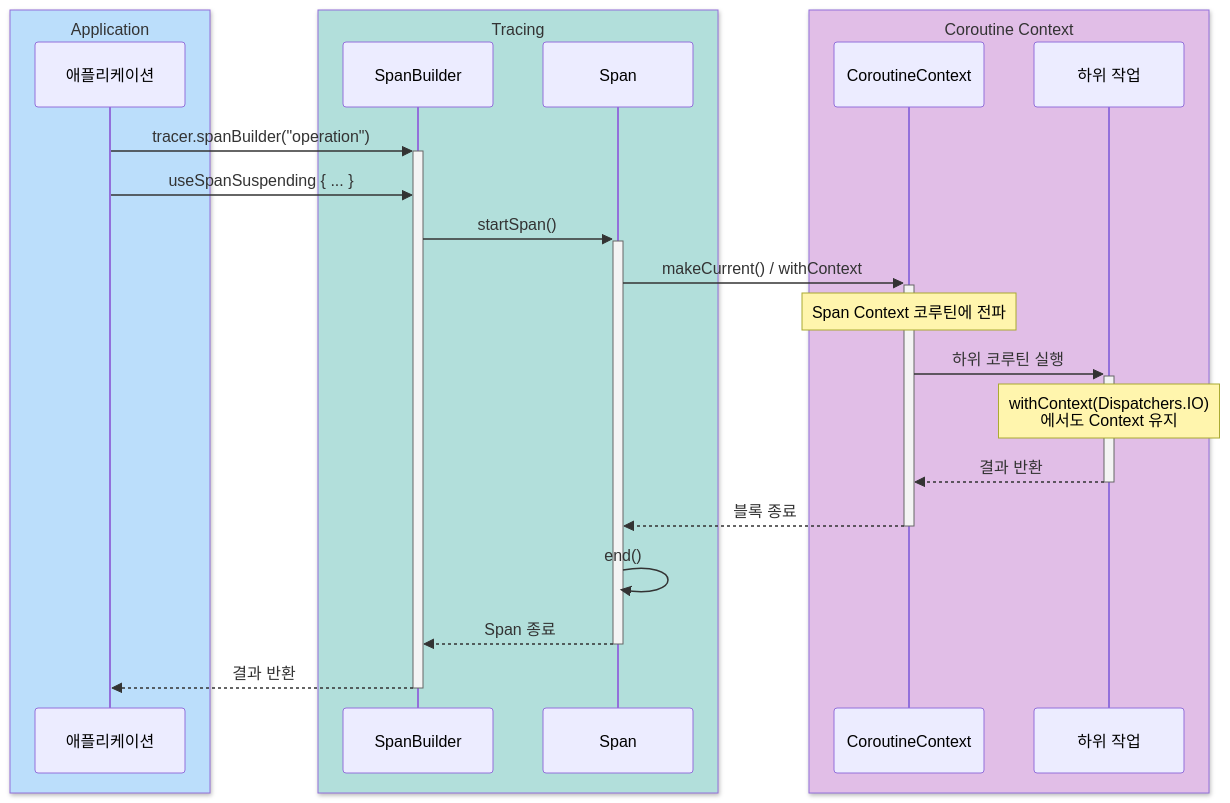
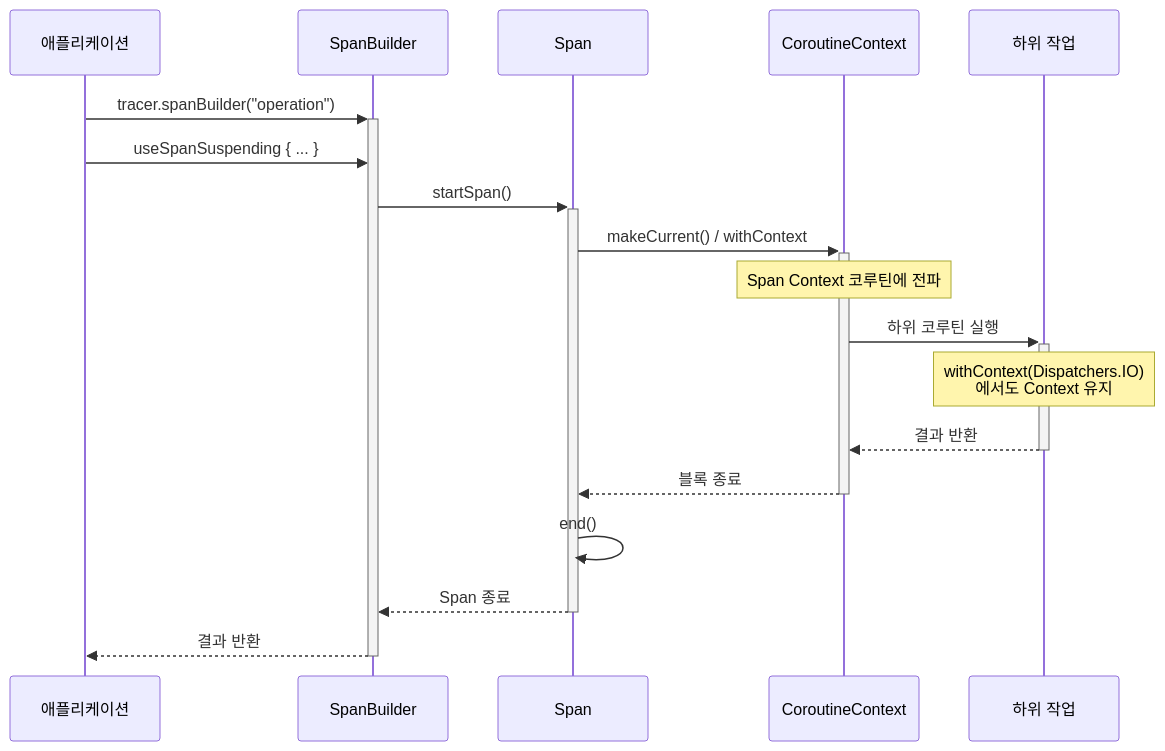
Before and after one commit to bluetape4k/bluetape4k-projects: the third of 4 diagrams in infra/opentelemetry/README.ko.md, drawn with Mermaid. The commit also changed other lines of this file and 219 other files, not shown here.

First line of the commit message:
docs: 전체 README Mermaid 다이어그램 가이드 적용

````diff
--- a/infra/opentelemetry/README.ko.md
+++ b/infra/opentelemetry/README.ko.md
@@ -374,27 +374,21 @@
 ```mermaid
 sequenceDiagram
-    box rgb(187,222,251) Application
     participant App as 애플리케이션
-    end
-    box rgb(178,223,219) Tracing
     participant Builder as SpanBuilder
     participant Span as Span
-    end
-    box rgb(225,190,231) Coroutine Context
     participant Context as CoroutineContext
     participant Child as 하위 작업
-    end
 
     App->>+Builder: tracer.spanBuilder("operation")
     App->>Builder: useSpanSuspending { ... }
     Builder->>+Span: startSpan()
     Span->>+Context: makeCurrent() / withContext
     Note over Context: Span Context 코루틴에 전파
     Context->>+Child: 하위 코루틴 실행
     Note over Child: withContext(Dispatchers.IO)<br/>에서도 Context 유지
     Child-->>-Context: 결과 반환
     Context-->>-Span: 블록 종료
     Span->>Span: end()
     Span-->>-Builder: Span 종료
     Builder-->>-App: 결과 반환
 ```
````
